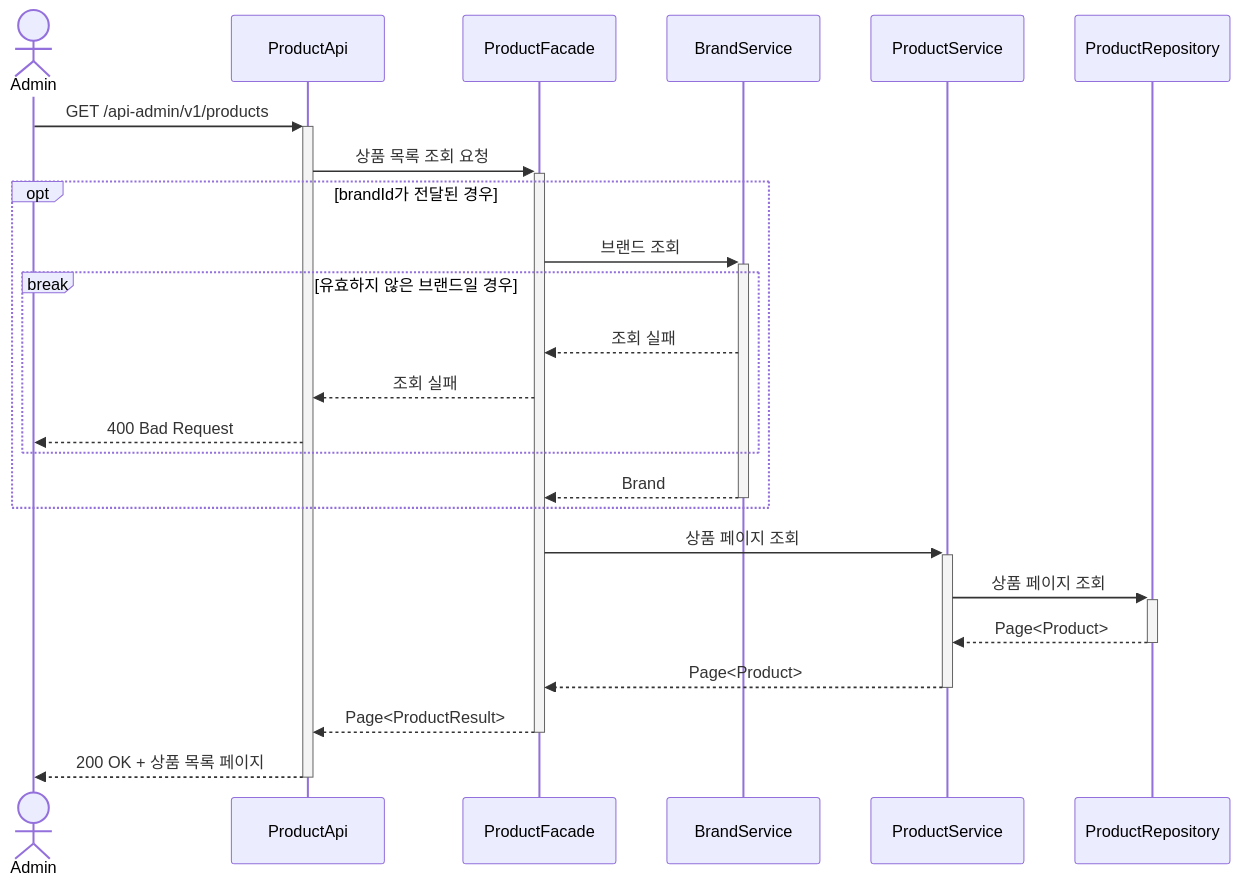
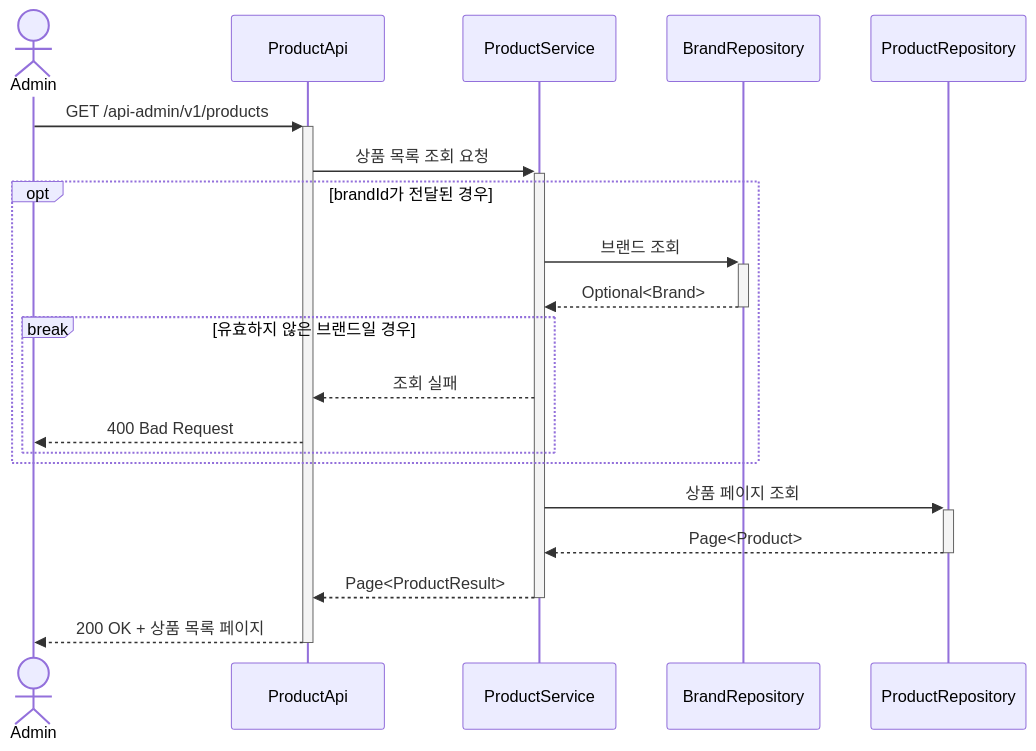
The tenth of 23 diagrams in .docs/design/02-sequence-diagrams.md (Loopers-dev-lab/loop-pack-be-l2-vol3-java), drawn with Mermaid before and after one commit. The commit also changed other lines of this file, not shown here.

First line of the commit message:
docs: 시퀀스 다이어그램에서 Facade 제거 및 Service 직접 호출 구조로 수정

````diff
--- a/.docs/design/02-sequence-diagrams.md
+++ b/.docs/design/02-sequence-diagrams.md
@@ -360,31 +346,26 @@
 ```mermaid
 sequenceDiagram
     actor Admin
     participant ProductApi
-    participant ProductFacade
-    participant BrandService
     participant ProductService
+    participant BrandRepository
     participant ProductRepository
 
     Admin ->>+ ProductApi: GET /api-admin/v1/products
-    ProductApi ->>+ ProductFacade: 상품 목록 조회 요청
+    ProductApi ->>+ ProductService: 상품 목록 조회 요청
 
     opt brandId가 전달된 경우
-        ProductFacade ->>+ BrandService: 브랜드 조회
+        ProductService ->>+ BrandRepository: 브랜드 조회
+        BrandRepository -->>- ProductService: Optional<Brand>
 
         break 유효하지 않은 브랜드일 경우
-            BrandService -->> ProductFacade: 조회 실패
-            ProductFacade -->> ProductApi: 조회 실패
+            ProductService -->> ProductApi: 조회 실패
             ProductApi -->> Admin: 400 Bad Request
         end
-
-        BrandService -->>- ProductFacade: Brand
     end
 
-    ProductFacade ->>+ ProductService: 상품 페이지 조회
     ProductService ->>+ ProductRepository: 상품 페이지 조회
     ProductRepository -->>- ProductService: Page<Product>
-    ProductService -->>- ProductFacade: Page<Product>
-    ProductFacade -->>- ProductApi: Page<ProductResult>
+    ProductService -->>- ProductApi: Page<ProductResult>
     ProductApi -->>- Admin: 200 OK + 상품 목록 페이지
 ```
````
